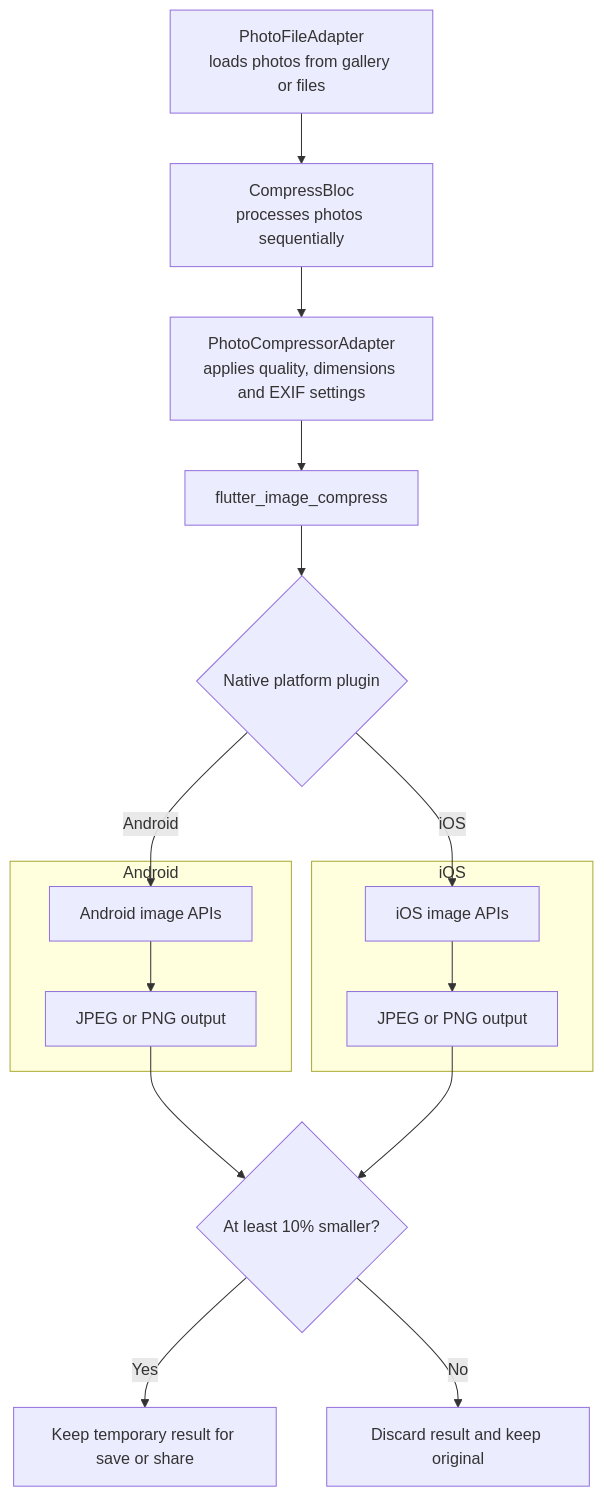
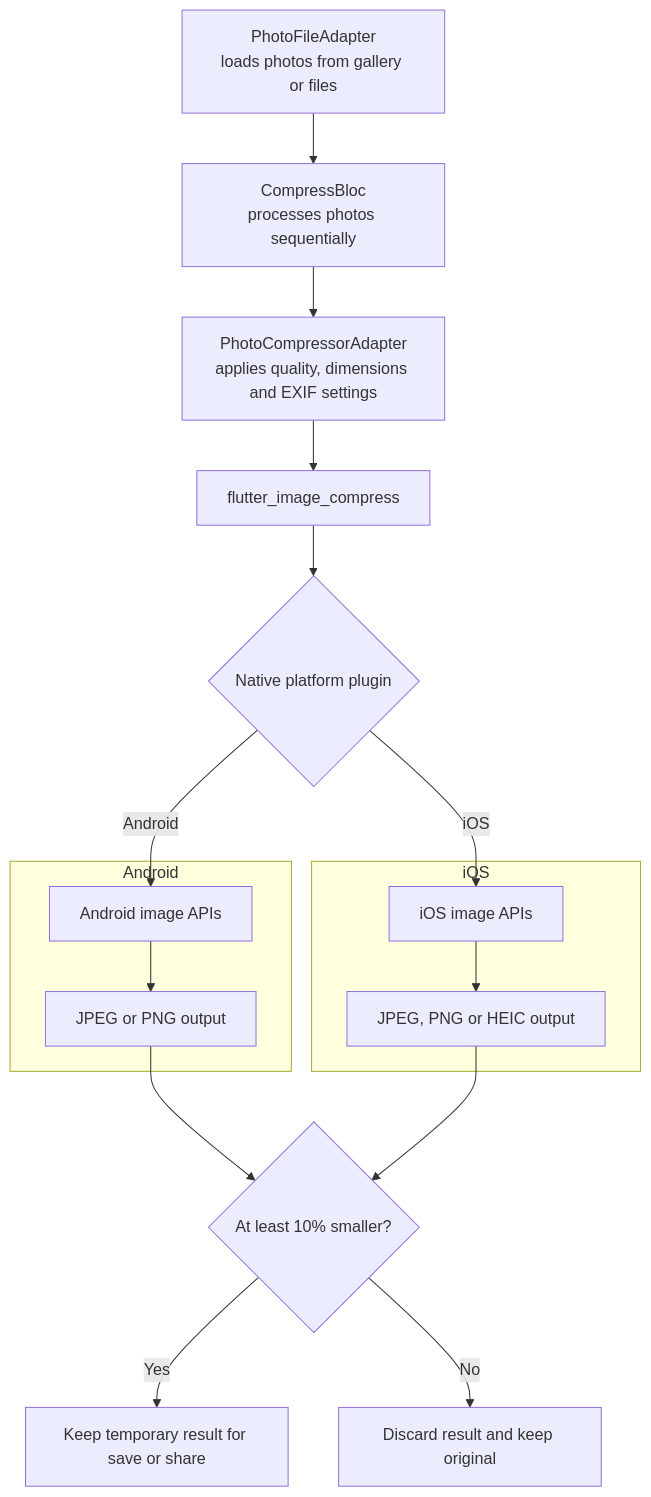
The diagram in README.md (minimo-pro/minimo_photo), drawn with Mermaid before and after one commit. The commit also changed other lines of this file and 7 other files, not shown here.

````diff
--- a/README.md
+++ b/README.md
@@ -24,24 +24,24 @@
 ```mermaid
 flowchart TD
     A[PhotoFileAdapter<br/>loads photos from gallery or files] --> B[CompressBloc<br/>processes photos sequentially]
     B --> C[PhotoCompressorAdapter<br/>applies quality, dimensions and EXIF settings]
     C --> D[flutter_image_compress]
     D --> E{Native platform plugin}
 
     subgraph Android
         F[Android image APIs]
         F --> G[JPEG or PNG output]
     end
 
     subgraph iOS
         H[iOS image APIs]
-        H --> I[JPEG or PNG output]
+        H --> I[JPEG, PNG or HEIC output]
     end
 
     E -->|Android| F
     E -->|iOS| H
     G --> J{At least 10% smaller?}
     I --> J
     J -->|Yes| K[Keep temporary result for save or share]
     J -->|No| L[Discard result and keep original]
 ```
````
